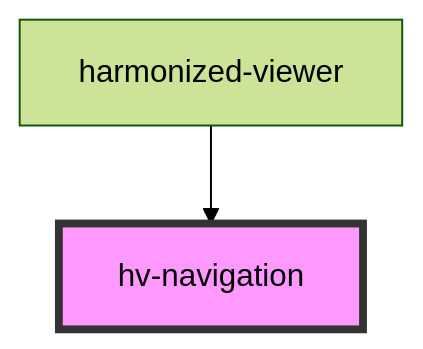
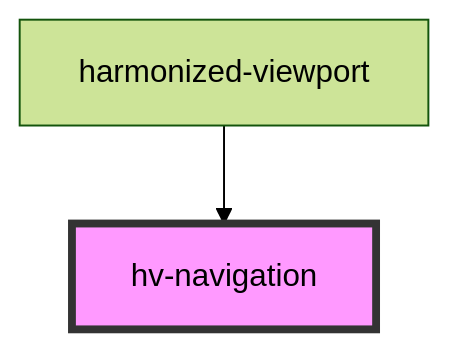
Before and after one commit to bac-lac/lac-harmonized-viewer: the diagram in src/components/navigation/readme.md, drawn with Mermaid (forest theme). The commit also changed other lines of this file and 19 other files, not shown here.

````diff
--- a/src/components/navigation/readme.md
+++ b/src/components/navigation/readme.md
@@ -15,5 +15,5 @@
 ```mermaid
 graph TD;
-  harmonized-viewer --> hv-navigation
+  harmonized-viewport --> hv-navigation
   style hv-navigation fill:#f9f,stroke:#333,stroke-width:4px
 ```
````
